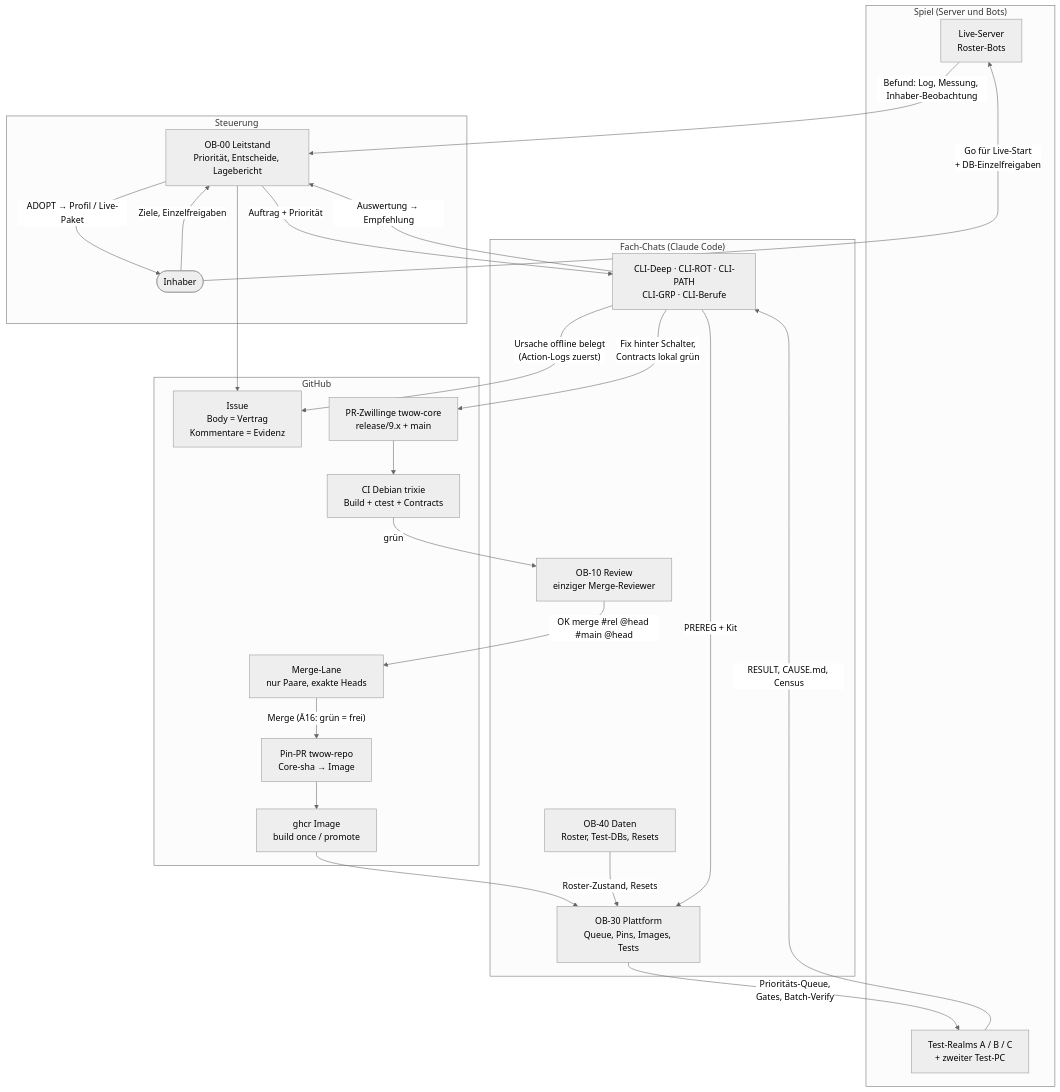
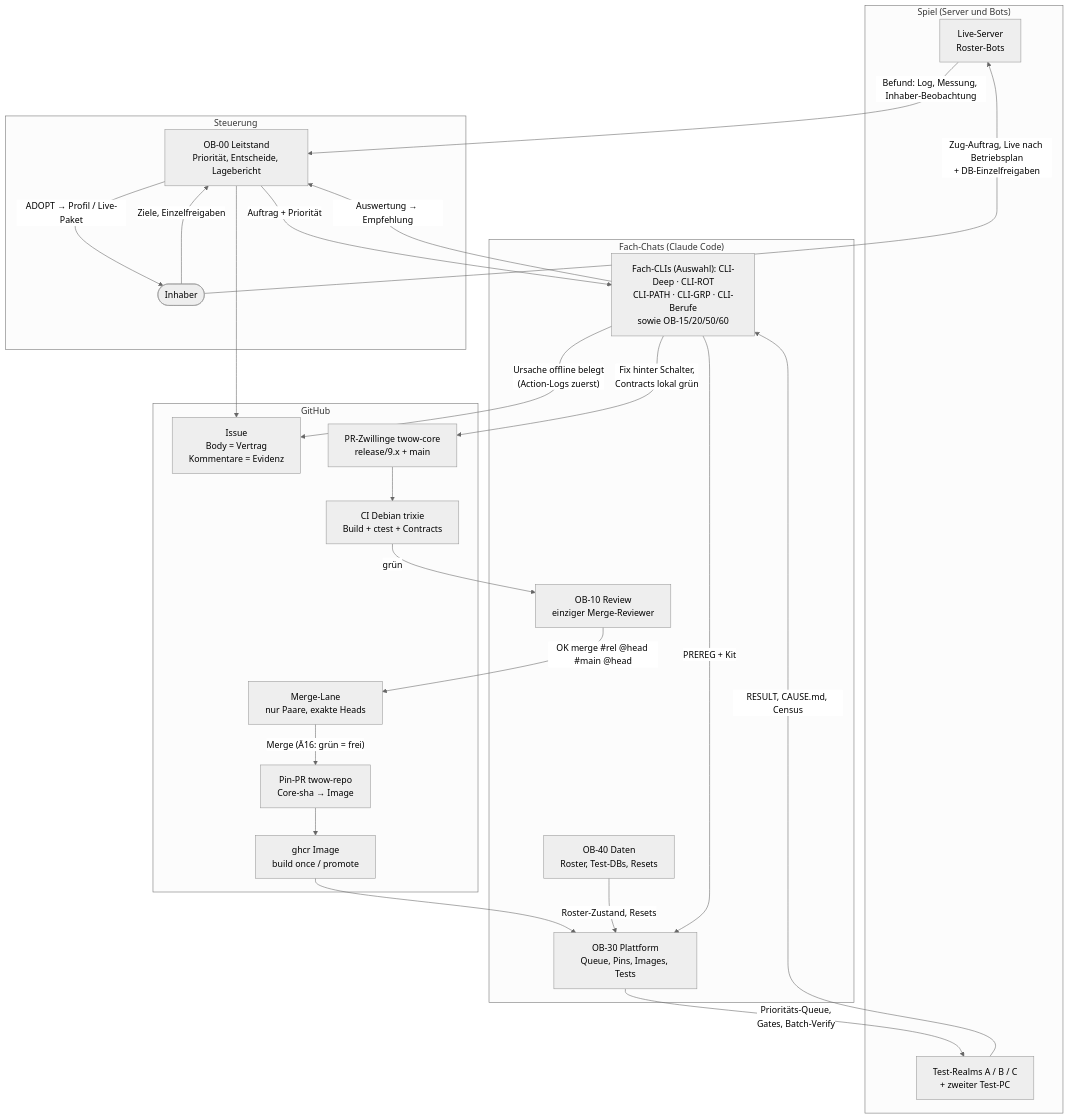
One commit to Cilverkrow/twow-repo changed the first of 2 diagrams in docs/CLAUDE-GITHUB-WORKFLOW.md. Above: the diagram before and after it, drawn with Mermaid (neutral theme). The commit also changed other lines of this file, not shown here.

````diff
--- a/docs/CLAUDE-GITHUB-WORKFLOW.md
+++ b/docs/CLAUDE-GITHUB-WORKFLOW.md
@@ -9,48 +9,48 @@
 ```mermaid
 flowchart TD
     subgraph SPIEL["Spiel (Server und Bots)"]
         LIVE["Live-Server<br/>Roster-Bots"]
         TEST["Test-Realms A / B / C<br/>+ zweiter Test-PC"]
     end
 
     subgraph STEUERUNG["Steuerung"]
         OWNER(["Inhaber"])
         OB00["OB-00 Leitstand<br/>Priorität, Entscheide, Lagebericht"]
     end
 
     subgraph FACH["Fach-Chats (Claude Code)"]
-        CLI["CLI-Deep · CLI-ROT · CLI-PATH<br/>CLI-GRP · CLI-Berufe"]
+        CLI["Fach-CLIs (Auswahl): CLI-Deep · CLI-ROT<br/>CLI-PATH · CLI-GRP · CLI-Berufe<br/>sowie OB-15/20/50/60"]
         OB40["OB-40 Daten<br/>Roster, Test-DBs, Resets"]
         OB30["OB-30 Plattform<br/>Queue, Pins, Images, Tests"]
         OB10["OB-10 Review<br/>einziger Merge-Reviewer"]
     end
 
     subgraph GH["GitHub"]
         ISSUE["Issue<br/>Body = Vertrag<br/>Kommentare = Evidenz"]
         PR["PR-Zwillinge twow-core<br/>release/9.x + main"]
         CI["CI Debian trixie<br/>Build + ctest + Contracts"]
         LANE["Merge-Lane<br/>nur Paare, exakte Heads"]
         PIN["Pin-PR twow-repo<br/>Core-sha → Image"]
         GHCR["ghcr Image<br/>build once / promote"]
     end
 
     LIVE -- "Befund: Log, Messung, Inhaber-Beobachtung" --> OB00
     TEST -- "RESULT, CAUSE.md, Census" --> CLI
     OWNER -- "Ziele, Einzelfreigaben" --> OB00
     OB00 -- "Auftrag + Priorität" --> CLI
     OB00 --> ISSUE
     CLI -- "Ursache offline belegt<br/>(Action-Logs zuerst)" --> ISSUE
     CLI -- "Fix hinter Schalter,<br/>Contracts lokal grün" --> PR
     PR --> CI
     CI -- grün --> OB10
     OB10 -- "OK merge #rel @head #main @head" --> LANE
     LANE -- "Merge (Ä16: grün = frei)" --> PIN
     PIN --> GHCR
     GHCR --> OB30
     OB40 -- "Roster-Zustand, Resets" --> OB30
     CLI -- "PREREG + Kit" --> OB30
     OB30 -- "Prioritäts-Queue,<br/>Gates, Batch-Verify" --> TEST
     CLI -- "Auswertung → Empfehlung" --> OB00
     OB00 -- "ADOPT → Profil / Live-Paket" --> OWNER
-    OWNER -- "Go für Live-Start<br/>+ DB-Einzelfreigaben" --> LIVE
+    OWNER -- "Zug-Auftrag, Live nach Betriebsplan<br/>+ DB-Einzelfreigaben" --> LIVE
 ```
````
